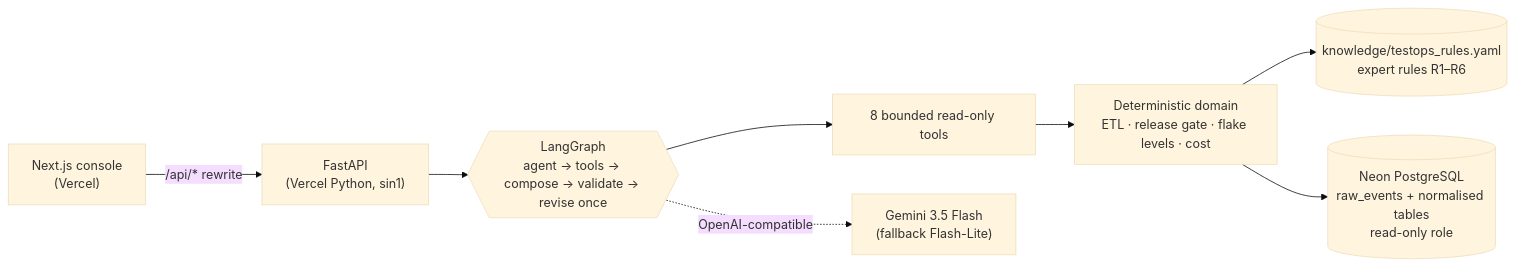
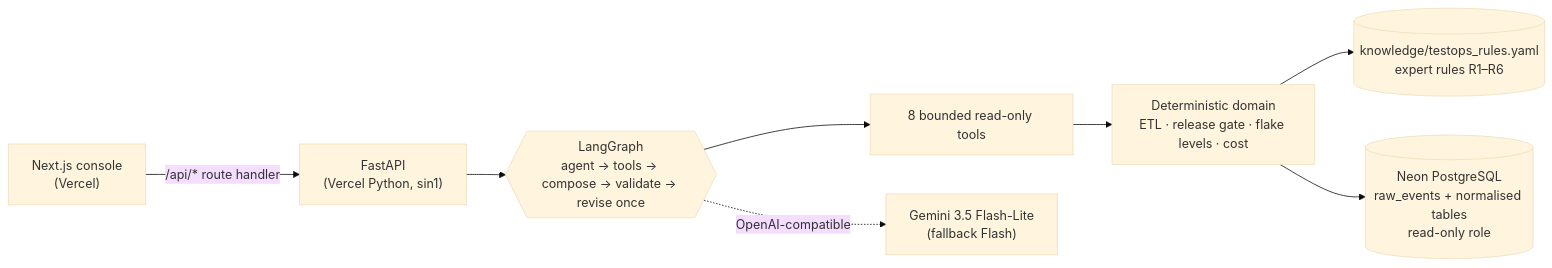
One commit to dangtrinh3006/testops-intelligence-agent changed the diagram in README.md. Above: the diagram before and after it, drawn with Mermaid (base theme). The commit also changed other lines of this file and 5 other files, not shown here.

````diff
--- a/README.md
+++ b/README.md
@@ -25,10 +25,10 @@
 ```mermaid
 flowchart LR
-    UI["Next.js console<br/>(Vercel)"] -->|/api/* rewrite| API["FastAPI<br/>(Vercel Python, sin1)"]
+    UI["Next.js console<br/>(Vercel)"] -->|/api/* route handler| API["FastAPI<br/>(Vercel Python, sin1)"]
     API --> G{{"LangGraph<br/>agent → tools → compose → validate → revise once"}}
     G --> T["8 bounded read-only tools"]
     T --> D["Deterministic domain<br/>ETL · release gate · flake levels · cost"]
     D --> K[("knowledge/testops_rules.yaml<br/>expert rules R1–R6")]
     D --> DB[("Neon PostgreSQL<br/>raw_events + normalised tables<br/>read-only role")]
-    G -.->|OpenAI-compatible| LLM["Gemini 3.5 Flash<br/>(fallback Flash-Lite)"]
+    G -.->|OpenAI-compatible| LLM["Gemini 3.5 Flash-Lite<br/>(fallback Flash)"]
 ```
````
